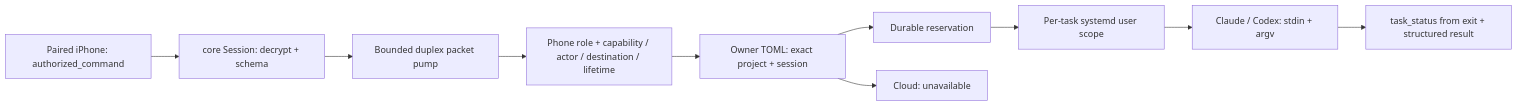
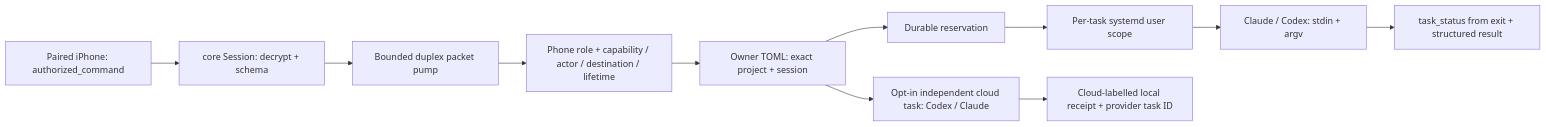
The diagram in SW/desktop/crates/agents/README.md (Harwasch/voiceremote), drawn with Mermaid before and after one commit. The commit also changed other lines of this file and 8 other files, not shown here.

````diff
--- a/SW/desktop/crates/agents/README.md
+++ b/SW/desktop/crates/agents/README.md
@@ -1,12 +1,13 @@
 ```mermaid
 flowchart LR
     Phone[Paired iPhone: authorized_command] --> Noise[core Session: decrypt + schema]
     Noise --> Pump[Bounded duplex packet pump]
     Pump --> Check[Phone role + capability / actor / destination / lifetime]
     Check --> Registry[Owner TOML: exact project + session]
     Registry --> Claim[Durable reservation]
     Claim --> Scope[Per-task systemd user scope]
     Scope --> CLI[Claude / Codex: stdin + argv]
     CLI --> Status[task_status from exit + structured result]
-    Registry --> Cloud[Cloud: unavailable]
+    Registry --> Cloud[Opt-in independent cloud task: Codex / Claude]
+    Cloud --> Receipt[Cloud-labelled local receipt + provider task ID]
 ```
````
